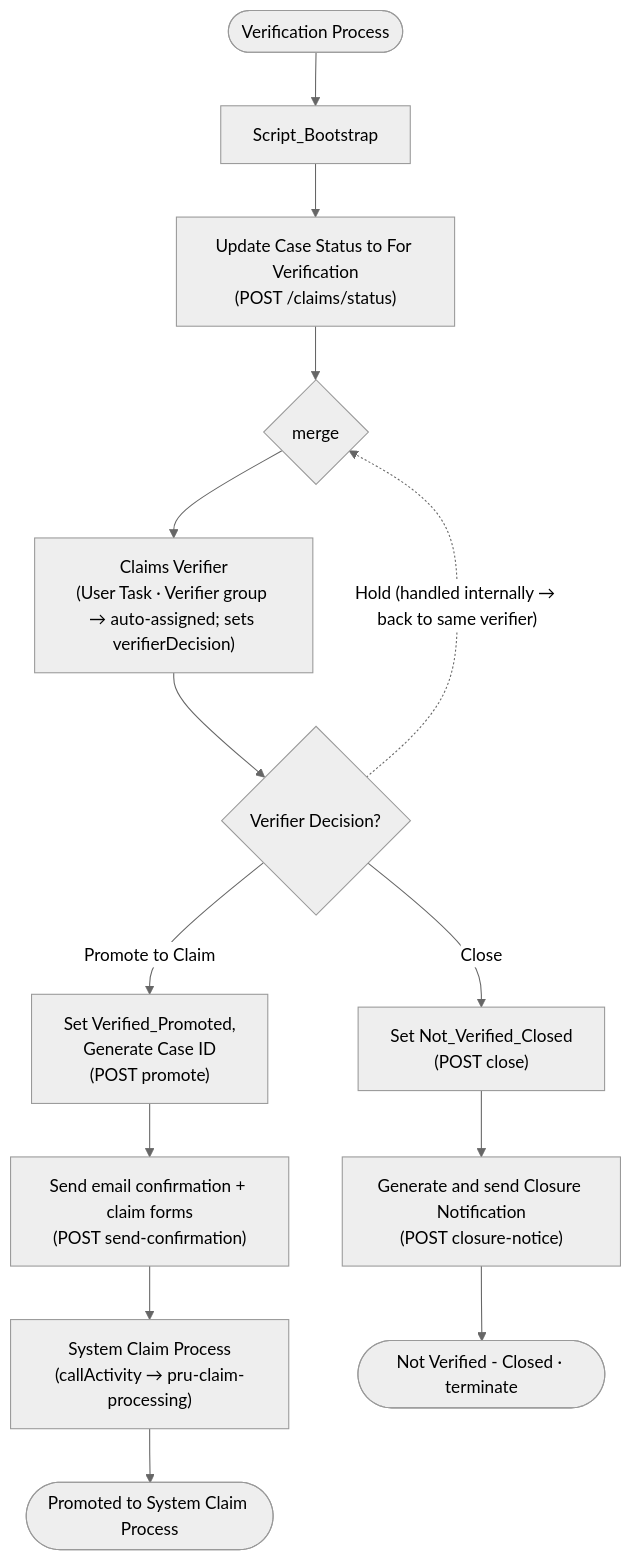
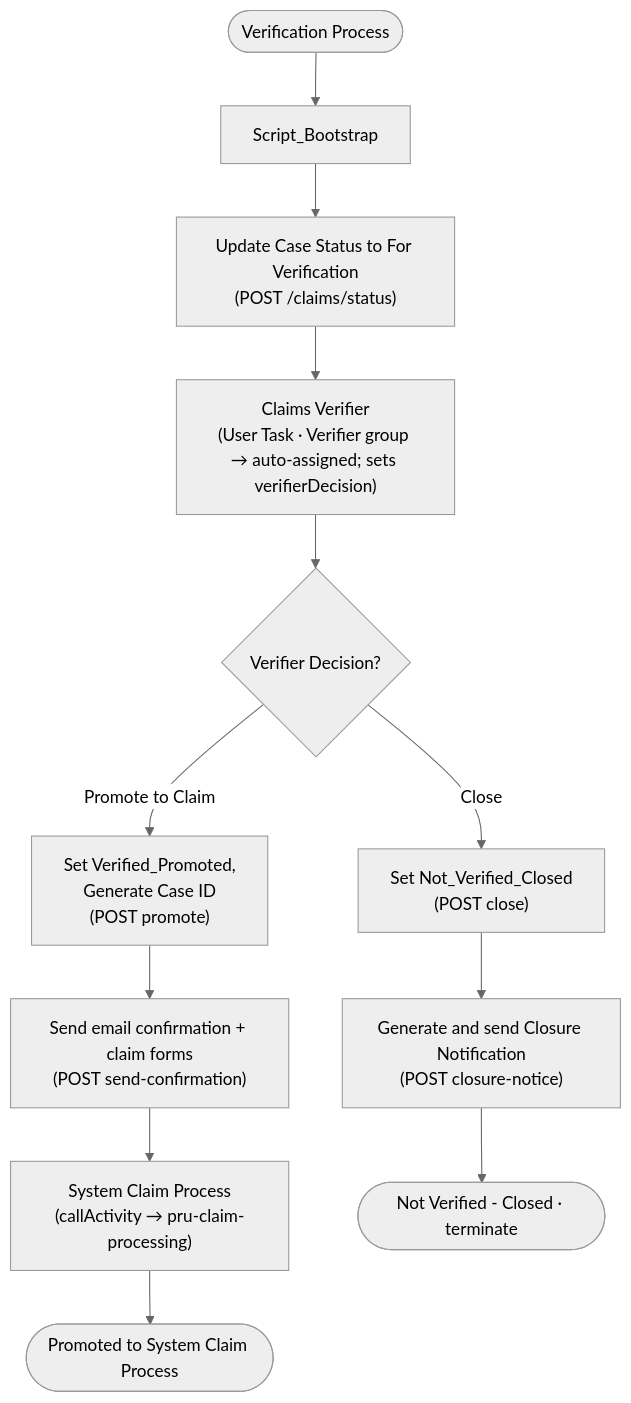
One commit to Avinashkumar8694/prudential-claims-bpm changed the second of 2 diagrams in docs/pru_claim_verification_solution.md. Above: the diagram before and after it, drawn with Mermaid (neutral theme). The commit also changed other lines of this file and 12 other files, not shown here.

````diff
--- a/docs/pru_claim_verification_solution.md
+++ b/docs/pru_claim_verification_solution.md
@@ -94,19 +92,16 @@
 ```mermaid
 graph TD
     START([Verification Process]) --> BOOT[Script_Bootstrap]
     BOOT --> ST["Update Case Status to For Verification<br/>(POST /claims/status)"]
-    ST --> MG{merge}
-    MG --> DC["Claims Verifier<br/>(User Task · Verifier group → auto-assigned; sets verifierDecision)"]
+    ST --> DC["Claims Verifier<br/>(User Task · Verifier group → auto-assigned; sets verifierDecision)"]
     DC --> GW{Verifier Decision?}
 
     GW -- "Promote to Claim" --> PR["Set Verified_Promoted,<br/>Generate Case ID<br/>(POST promote)"]
     PR --> SC["Send email confirmation + claim forms<br/>(POST send-confirmation)"]
     SC --> SYS["System Claim Process<br/>(callActivity → pru-claim-processing)"]
     SYS --> EP([Promoted to System Claim Process])
 
-    GW -. "Hold (handled internally → back to same verifier)" .-> MG
-
     GW -- "Close" --> CL["Set Not_Verified_Closed<br/>(POST close)"]
     CL --> CN["Generate and send Closure Notification<br/>(POST closure-notice)"]
     CN --> EC([Not Verified - Closed · terminate])
 ```
````
